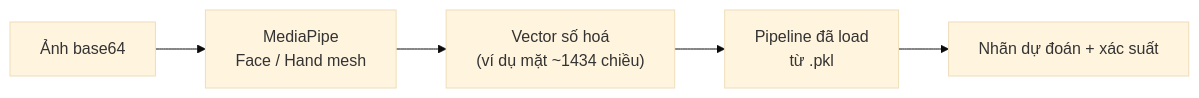
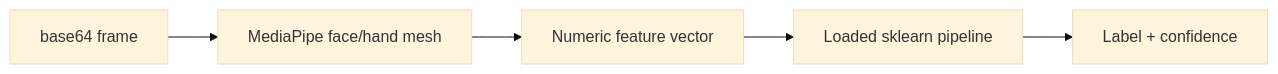
The fifth of 8 diagrams in README.md (CrissNguyenKhanh/AI-DRIVER-MONITORING-SYSTEM-DMS), drawn with Mermaid (base theme) before and after one commit. The commit also changed other lines of this file, not shown here.

````diff
--- a/README.md
+++ b/README.md
@@ -161,7 +144,7 @@
 ```mermaid
 flowchart LR
-  IMG["Ảnh base64"] --> MP["MediaPipe<br/>Face / Hand mesh"]
-  MP --> VEC["Vector số hoá<br/>(ví dụ mặt ~1434 chiều)"]
-  VEC --> PL["Pipeline đã load<br/>từ .pkl"]
-  PL --> PR["Nhãn dự đoán + xác suất"]
+  IMG[base64 frame] --> MP[MediaPipe face/hand mesh]
+  MP --> VEC[Numeric feature vector]
+  VEC --> MLP[Loaded sklearn pipeline]
+  MLP --> OUT[Label + confidence]
 ```
````
